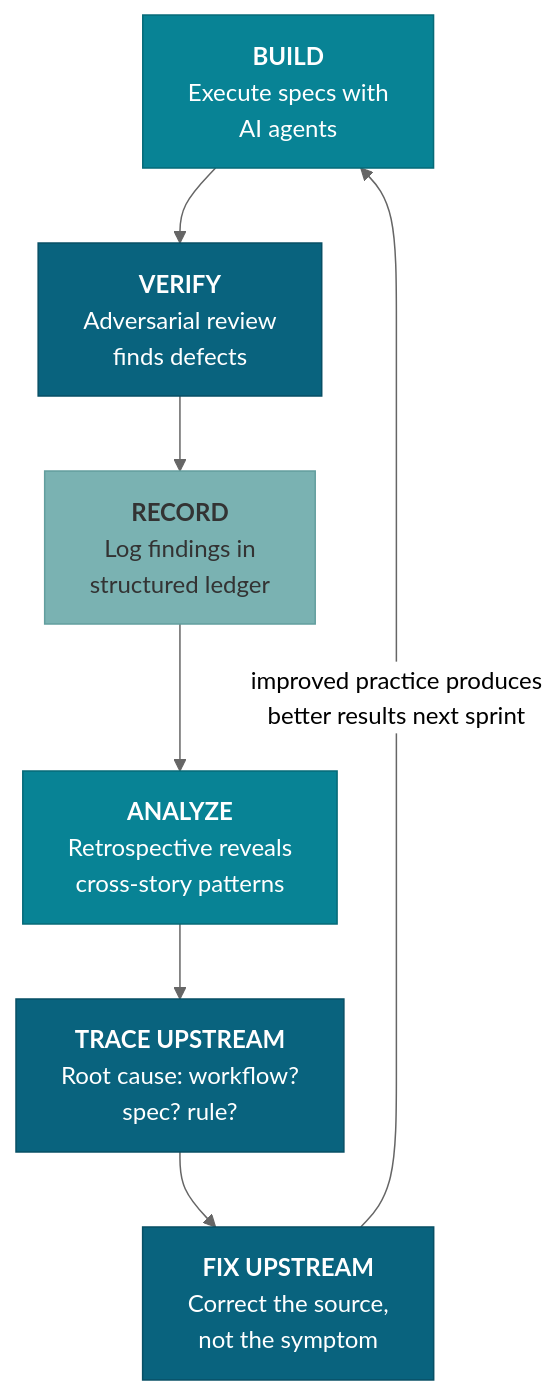
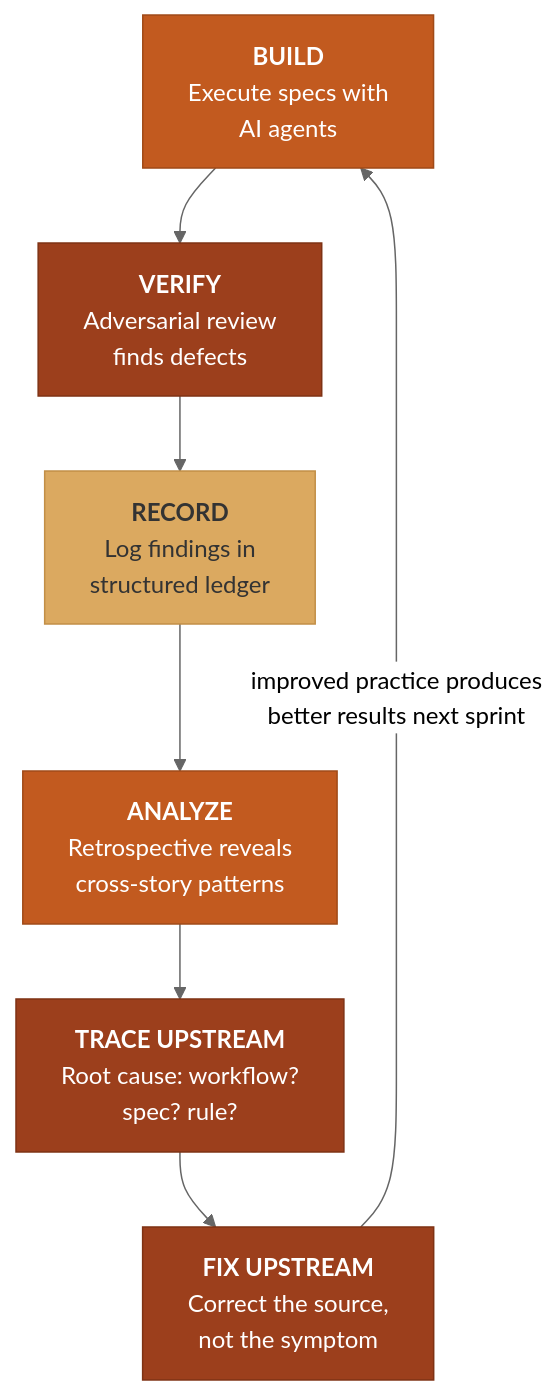
One commit to iamsteveholmes/momentum changed the third of 4 diagrams in docs/philosophy.md. Above: the diagram before and after it, drawn with Mermaid (neutral theme). The commit also changed other lines of this file and 4 other files, not shown here.

````diff
--- a/docs/philosophy.md
+++ b/docs/philosophy.md
@@ -70,23 +70,23 @@
 ```mermaid
 graph TD
     BUILD["<b>BUILD</b><br/>Execute specs with<br/>AI agents"]
     VERIFY["<b>VERIFY</b><br/>Adversarial review<br/>finds defects"]
     RECORD["<b>RECORD</b><br/>Log findings in<br/>structured ledger"]
     ANALYZE["<b>ANALYZE</b><br/>Retrospective reveals<br/>cross-story patterns"]
     TRACE["<b>TRACE UPSTREAM</b><br/>Root cause: workflow?<br/>spec? rule?"]
     FIX["<b>FIX UPSTREAM</b><br/>Correct the source,<br/>not the symptom"]
 
     BUILD --> VERIFY
     VERIFY --> RECORD
     RECORD --> ANALYZE
     ANALYZE --> TRACE
     TRACE --> FIX
     FIX -- "improved practice produces<br/>better results next sprint" --> BUILD
 
-    style BUILD fill:#088395,stroke:#066a78,color:#fff
-    style VERIFY fill:#09637E,stroke:#074f65,color:#fff
-    style RECORD fill:#7AB2B2,stroke:#629e9e,color:#333
-    style ANALYZE fill:#088395,stroke:#066a78,color:#fff
-    style TRACE fill:#09637E,stroke:#074f65,color:#fff
-    style FIX fill:#09637E,stroke:#074f65,color:#fff
+    style BUILD fill:#C25A1F,stroke:#A04A18,color:#fff
+    style VERIFY fill:#9C3F1C,stroke:#7E3214,color:#fff
+    style RECORD fill:#DBA960,stroke:#C28F47,color:#333
+    style ANALYZE fill:#C25A1F,stroke:#A04A18,color:#fff
+    style TRACE fill:#9C3F1C,stroke:#7E3214,color:#fff
+    style FIX fill:#9C3F1C,stroke:#7E3214,color:#fff
 ```
````
